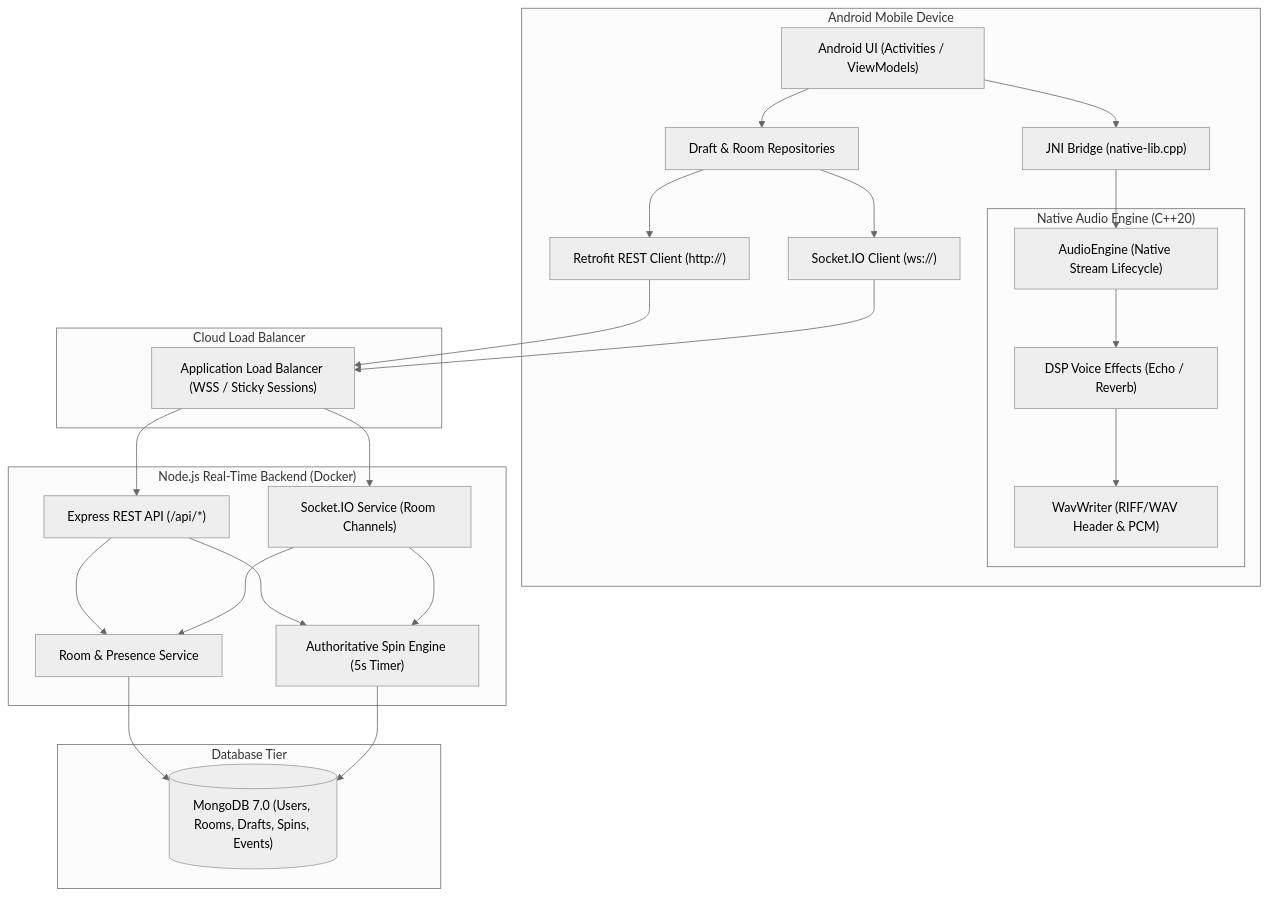
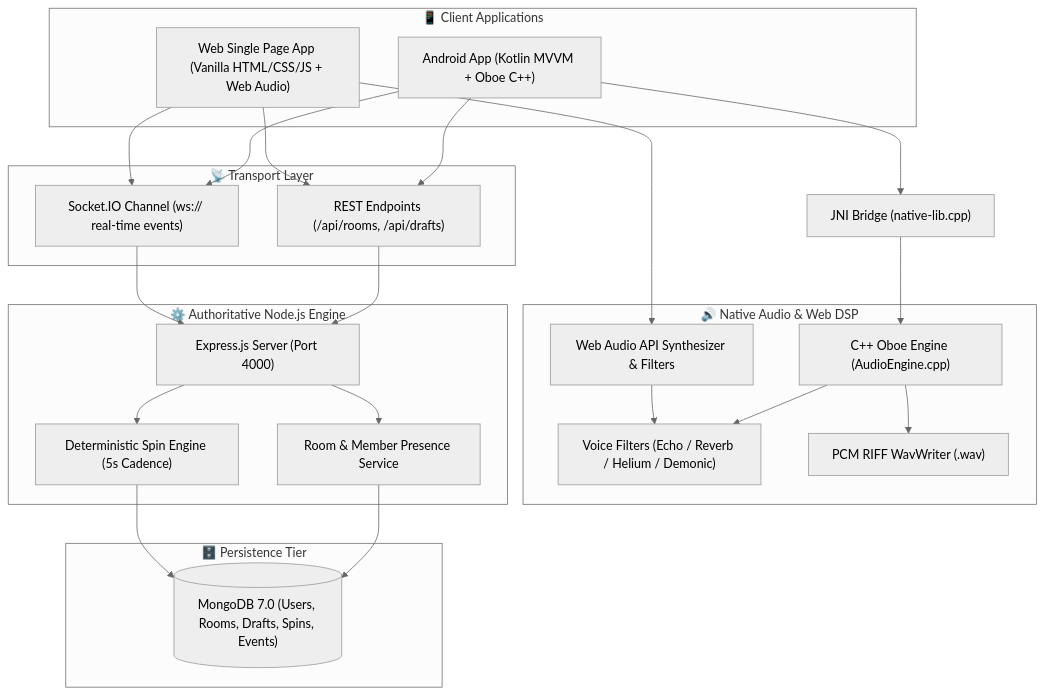
One commit to AkhilYeddu/RoxStar_App changed the diagram in README.md. Above: the diagram before and after it, drawn with Mermaid (neutral theme). The commit also changed other lines of this file, not shown here.

````diff
--- a/README.md
+++ b/README.md
@@ -31,48 +19,49 @@
 ```mermaid
 graph TB
-    subgraph Client ["Android Mobile Device"]
-        UI["Android UI (Activities / ViewModels)"]
-        Repo["Draft & Room Repositories"]
-        JNI["JNI Bridge (native-lib.cpp)"]
-        subgraph NativeAudio ["Native Audio Engine (C++20)"]
-            AudioEngine["AudioEngine (Native Stream Lifecycle)"]
-            DSP["DSP Voice Effects (Echo / Reverb)"]
-            WavWriter["WavWriter (RIFF/WAV Header & PCM)"]
-        end
-        SocketClient["Socket.IO Client (ws://)"]
-        HttpClient["Retrofit REST Client (http://)"]
+    subgraph ClientLayer ["📱 Client Applications"]
+        AndroidApp["Android App (Kotlin MVVM + Oboe C++)"]
+        WebApp["Web Single Page App (Vanilla HTML/CSS/JS + Web Audio)"]
     end
 
-    subgraph Ingress ["Cloud Load Balancer"]
-        ALB["Application Load Balancer (WSS / Sticky Sessions)"]
+    subgraph AudioEngine ["🔊 Native Audio & Web DSP"]
+        OboeEngine["C++ Oboe Engine (AudioEngine.cpp)"]
+        WebAudioEngine["Web Audio API Synthesizer & Filters"]
+        Effects["Voice Filters (Echo / Reverb / Helium / Demonic)"]
+        WavWriter["PCM RIFF WavWriter (.wav)"]
     end
 
-    subgraph Backend ["Node.js Real-Time Backend (Docker)"]
-        Express["Express REST API (/api/*)"]
-        SocketServer["Socket.IO Service (Room Channels)"]
-        RoomService["Room & Presence Service"]
-        SpinEngine["Authoritative Spin Engine (5s Timer)"]
+    subgraph Network ["📡 Transport Layer"]
+        RestAPI["REST Endpoints (/api/rooms, /api/drafts)"]
+        WebSocket["Socket.IO Channel (ws:// real-time events)"]
     end
 
-    subgraph Storage ["Database Tier"]
+    subgraph Backend ["⚙️ Authoritative Node.js Engine"]
+        ExpressServer["Express.js Server (Port 4000)"]
+        RoomService["Room & Member Presence Service"]
+        SpinEngine["Deterministic Spin Engine (5s Cadence)"]
+    end
+
+    subgraph Database ["🗄️ Persistence Tier"]
         MongoDB[("MongoDB 7.0 (Users, Rooms, Drafts, Spins, Events)")]
     end
 
-    UI --> Repo
-    UI --> JNI
-    JNI --> AudioEngine
-    AudioEngine --> DSP
-    DSP --> WavWriter
-    Repo --> HttpClient
-    Repo --> SocketClient
-    HttpClient --> ALB
-    SocketClient --> ALB
-    ALB --> Express
-    ALB --> SocketServer
-    Express --> RoomService
-    Express --> SpinEngine
-    SocketServer --> RoomService
-    SocketServer --> SpinEngine
+    AndroidApp --> JNI["JNI Bridge (native-lib.cpp)"]
+    JNI --> OboeEngine
+    WebApp --> WebAudioEngine
+    OboeEngine --> Effects
+    WebAudioEngine --> Effects
+    OboeEngine --> WavWriter
+
+    AndroidApp --> RestAPI
+    AndroidApp --> WebSocket
+    WebApp --> RestAPI
+    WebApp --> WebSocket
+
+    RestAPI --> ExpressServer
+    WebSocket --> ExpressServer
+    ExpressServer --> RoomService
+    ExpressServer --> SpinEngine
+
     RoomService --> MongoDB
     SpinEngine --> MongoDB
 ```
````
